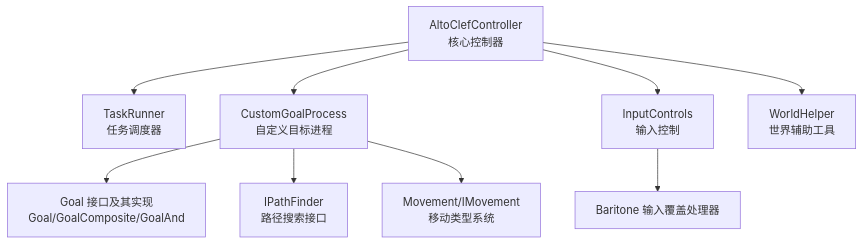
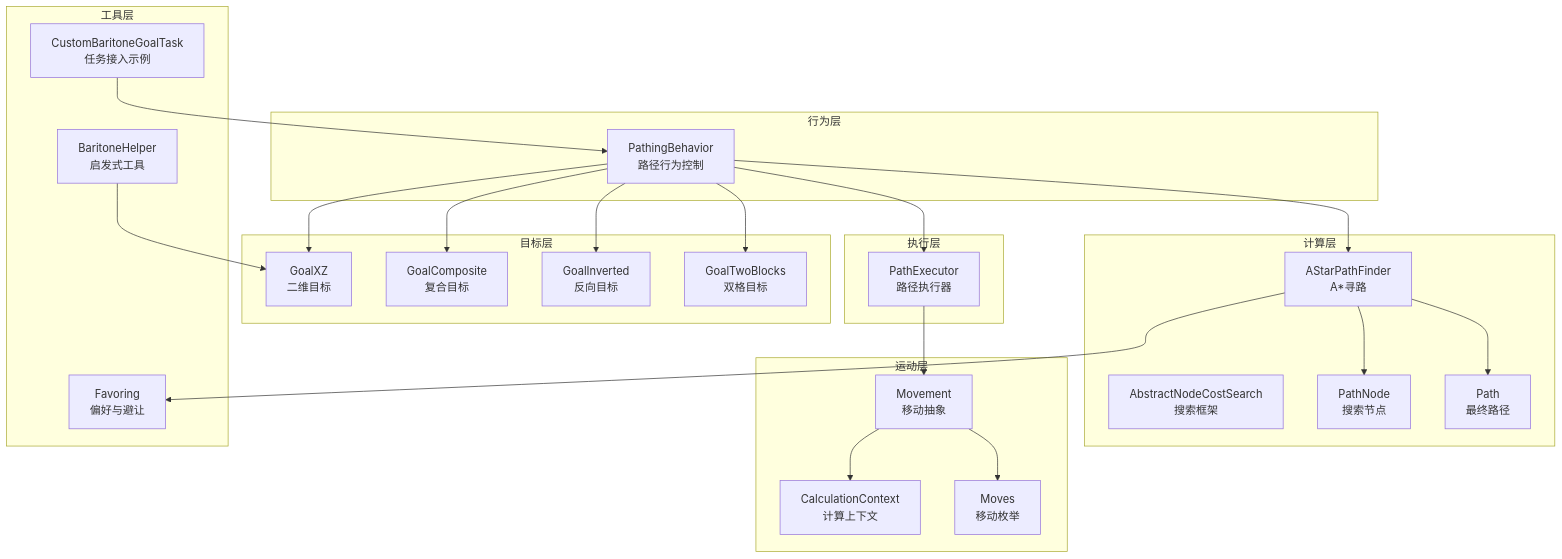
Before and after one commit to wjartpix/minecraft_ai_play2npc: the first of 8 diagrams in .qoder/repowiki/zh/content/路径规划系统/路径规划系统.md, drawn with Mermaid. The commit also changed other lines of this file and 188 other files, not shown here.

````diff
--- a/.qoder/repowiki/zh/content/路径规划系统/路径规划系统.md
+++ b/.qoder/repowiki/zh/content/路径规划系统/路径规划系统.md
@@ -46,11 +47,45 @@
 ```mermaid
 graph TB
-AC["AltoClefController<br/>核心控制器"] --> TR["TaskRunner<br/>任务调度器"]
-AC --> CGP["CustomGoalProcess<br/>自定义目标进程"]
-AC --> IC["InputControls<br/>输入控制"]
-AC --> WH["WorldHelper<br/>世界辅助工具"]
-CGP --> GOAL["Goal 接口及其实现<br/>Goal/GoalComposite/GoalAnd"]
-CGP --> PF["IPathFinder<br/>路径搜索接口"]
-CGP --> MOV["Movement/IMovement<br/>移动类型系统"]
-IC --> BAR["Baritone 输入覆盖处理器"]
+subgraph "行为层"
+PB["PathingBehavior<br/>路径行为控制"]
+end
+subgraph "计算层"
+AS["AStarPathFinder<br/>A*寻路"]
+AN["AbstractNodeCostSearch<br/>搜索框架"]
+PN["PathNode<br/>搜索节点"]
+P["Path<br/>最终路径"]
+end
+subgraph "执行层"
+PE["PathExecutor<br/>路径执行器"]
+end
+subgraph "运动层"
+Mv["Movement<br/>移动抽象"]
+Ctx["CalculationContext<br/>计算上下文"]
+Ms["Moves<br/>移动枚举"]
+end
+subgraph "目标层"
+GXZ["GoalXZ<br/>二维目标"]
+GC["GoalComposite<br/>复合目标"]
+GI["GoalInverted<br/>反向目标"]
+GTB["GoalTwoBlocks<br/>双格目标"]
+end
+subgraph "工具层"
+Fv["Favoring<br/>偏好与避让"]
+BH["BaritoneHelper<br/>启发式工具"]
+CBG["CustomBaritoneGoalTask<br/>任务接入示例"]
+end
+PB --> AS
+PB --> PE
+AS --> PN
+AS --> P
+PE --> Mv
+Mv --> Ctx
+Mv --> Ms
+PB --> GXZ
+PB --> GC
+PB --> GI
+PB --> GTB
+AS --> Fv
+BH --> GXZ
+CBG --> PB
 ```
````
